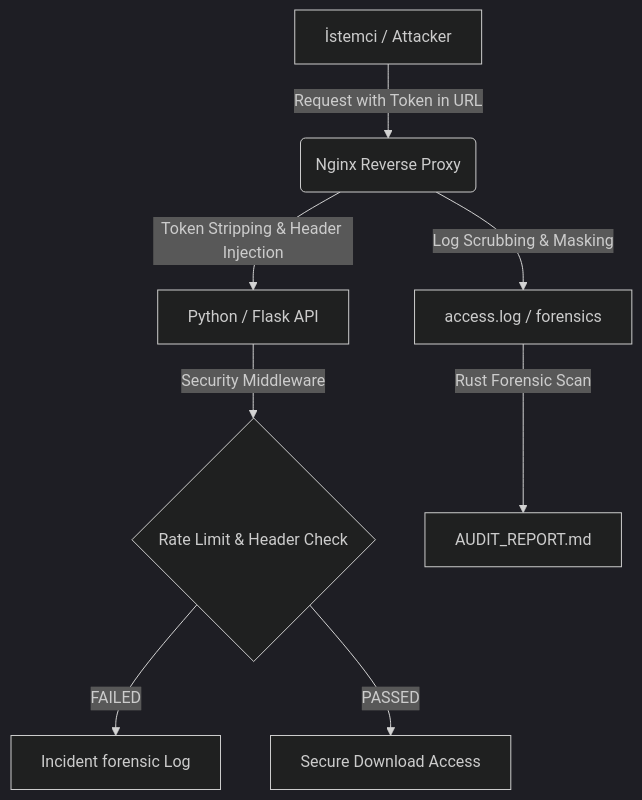
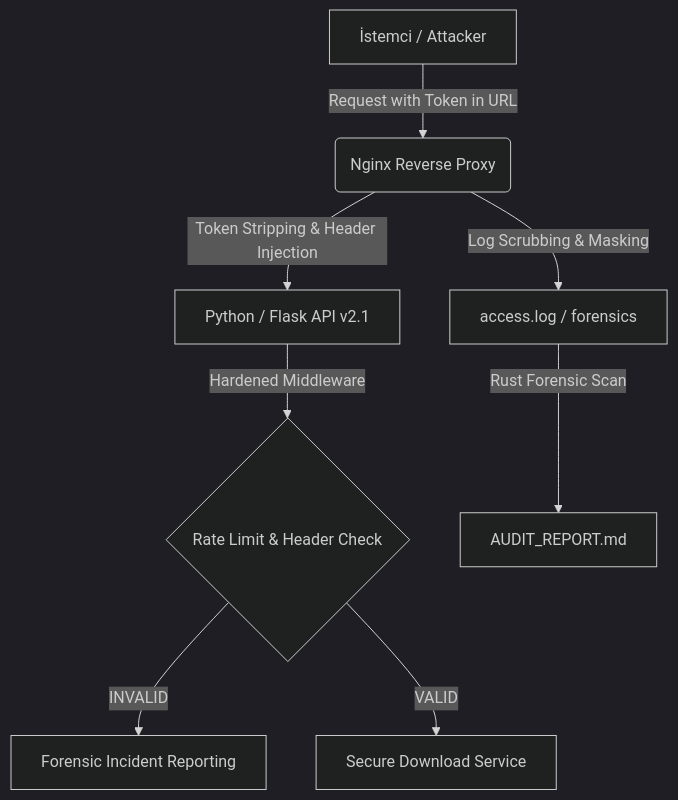
One commit to begumakyuz/Token_in_Query_Params changed the diagram in README.md. Above: the diagram before and after it, drawn with Mermaid (dark theme). The commit also changed other lines of this file and 6 other files, not shown here.

````diff
--- a/README.md
+++ b/README.md
@@ -45,10 +53,10 @@
 ```mermaid
 graph TD
     A[İstemci / Attacker] -->|Request with Token in URL| B(Nginx Reverse Proxy)
     B -->|Log Scrubbing & Masking| C[access.log / forensics]
-    B -->|Token Stripping & Header Injection| D[Python / Flask API]
-    D -->|Security Middleware| E{Rate Limit & Header Check}
-    E -->|FAILED| F[Incident forensic Log]
-    E -->|PASSED| G[Secure Download Access]
+    B -->|Token Stripping & Header Injection| D[Python / Flask API v2.1]
+    D -->|Hardened Middleware| E{Rate Limit & Header Check}
+    E -->|INVALID| F[Forensic Incident Reporting]
+    E -->|VALID| G[Secure Download Service]
     C -->|Rust Forensic Scan| H[AUDIT_REPORT.md]
 ```
````
